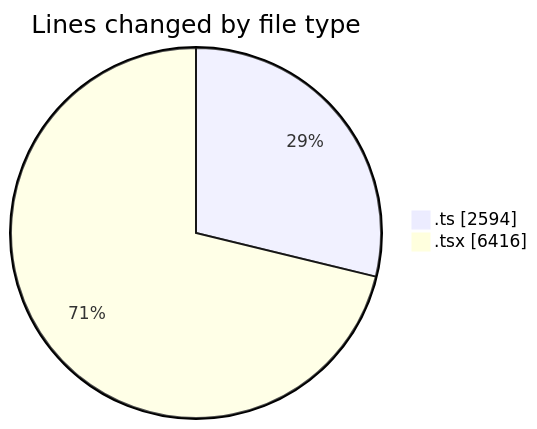
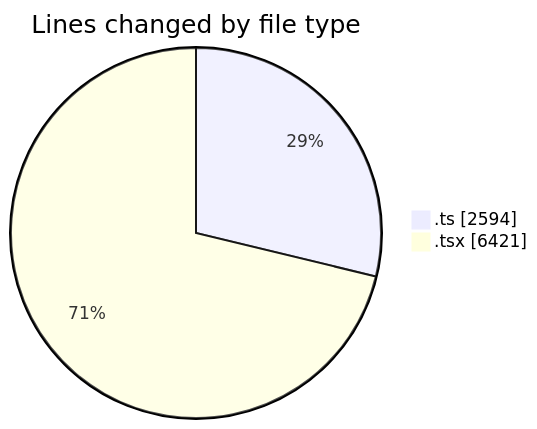
The first of 2 diagrams in 2025-07-01/cda/README.md (momahboobian/code-tracking), drawn with Mermaid before and after one commit. The commit also changed other lines of this file and 1 other file, not shown here.

````diff
--- a/2025-07-01/cda/README.md
+++ b/2025-07-01/cda/README.md
@@ -44,6 +44,6 @@
 ```mermaid
 pie showData
 title Lines changed by file type
 ".ts" : 2594
-".tsx" : 6416
+".tsx" : 6421
 ```
````
